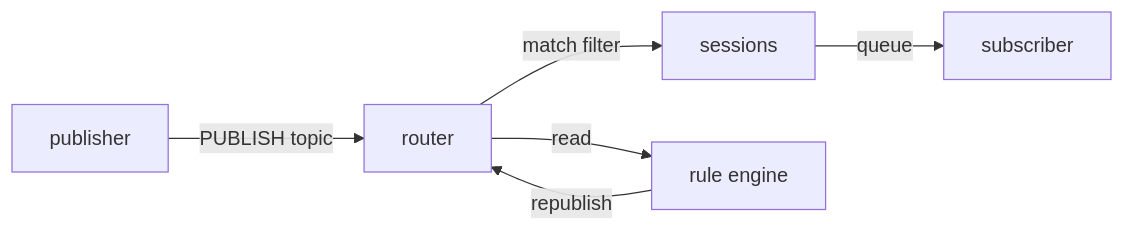
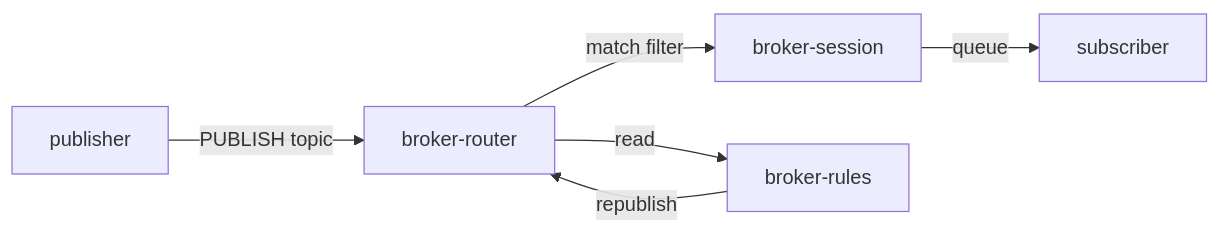
The diagram in docs/concepts/index.md (Indus-Stack/indramqtt), drawn with Mermaid before and after one commit. The commit also changed other lines of this file and 11 other files, not shown here.

````diff
--- a/docs/concepts/index.md
+++ b/docs/concepts/index.md
@@ -12,8 +12,8 @@
 ```mermaid
 flowchart LR
-    Pub["publisher"] -- "PUBLISH topic" --> Router["router"]
-    Router -- "match filter" --> Session["sessions"]
-    Session -- "queue" --> Sub["subscriber"]
-    Router -- "read" --> Engine["rule engine"]
-    Engine -- "republish" --> Router
+    Pub["publisher"] -- "PUBLISH topic" --> Router["broker-router"]
+    Router -- "match filter" --> Sess["broker-session"]
+    Sess -- "queue" --> Sub["subscriber"]
+    Router -- "read" --> Rules["broker-rules"]
+    Rules -- "republish" --> Router
 ```
````
